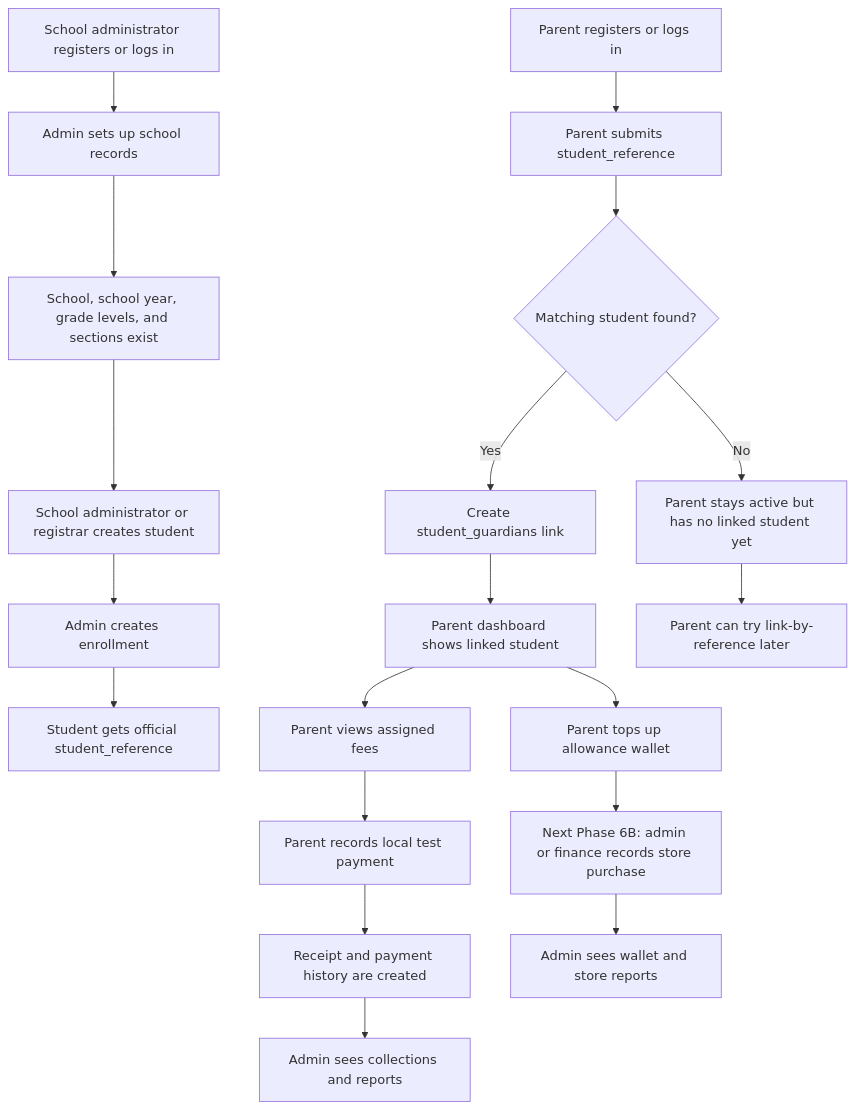
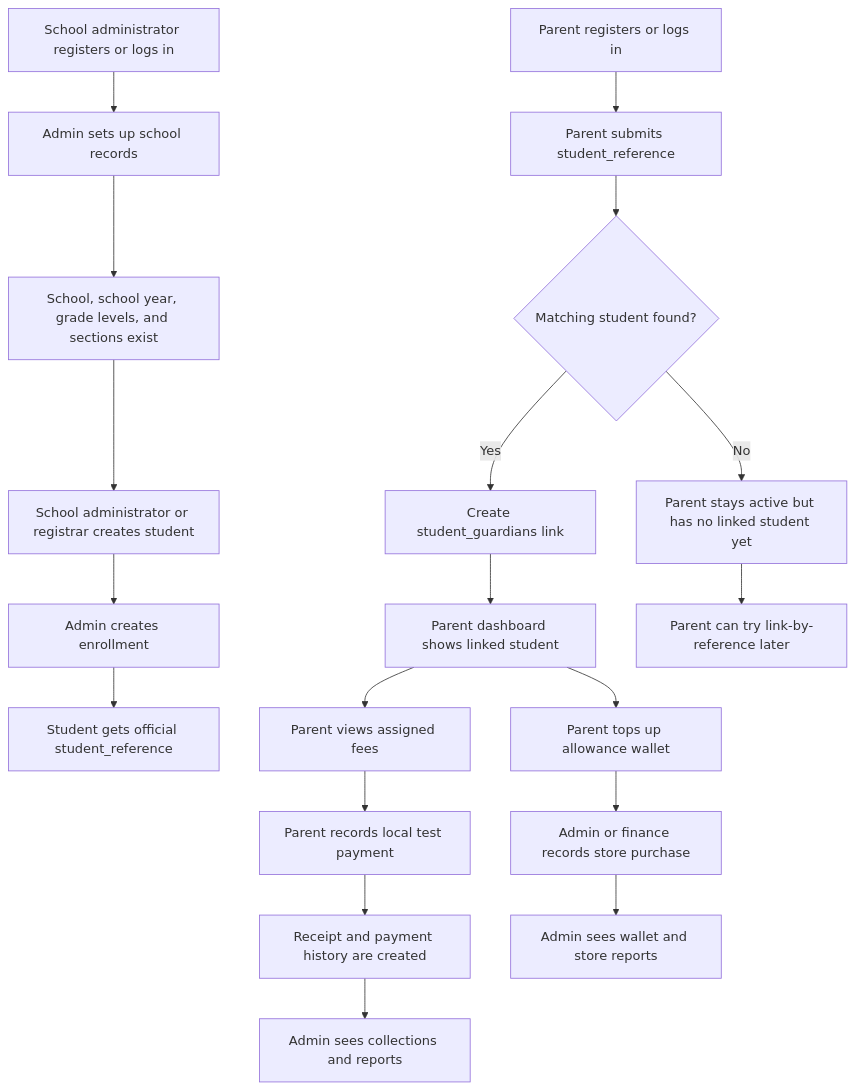
The first of 14 diagrams in docs/PROJECT_FLOWCHARTS.md (Xeyn19/xmetapay), drawn with Mermaid before and after one commit. The commit also changed other lines of this file and 14 other files, not shown here.

````diff
--- a/docs/PROJECT_FLOWCHARTS.md
+++ b/docs/PROJECT_FLOWCHARTS.md
@@ -62,24 +62,24 @@
 ```mermaid
 flowchart TD
   A["School administrator registers or logs in"] --> B["Admin sets up school records"]
   B --> C["School, school year, grade levels, and sections exist"]
   C --> D["School administrator or registrar creates student"]
   D --> E["Admin creates enrollment"]
   E --> F["Student gets official student_reference"]
 
   G["Parent registers or logs in"] --> H["Parent submits student_reference"]
   H --> I{"Matching student found?"}
   I -->|Yes| J["Create student_guardians link"]
   I -->|No| K["Parent stays active but has no linked student yet"]
   J --> L["Parent dashboard shows linked student"]
   K --> M["Parent can try link-by-reference later"]
 
   L --> N["Parent views assigned fees"]
   N --> O["Parent records local test payment"]
   O --> P["Receipt and payment history are created"]
   L --> Q["Parent tops up allowance wallet"]
-  Q --> R["Next Phase 6B: admin or finance records store purchase"]
+  Q --> R["Admin or finance records store purchase"]
 
   P --> S["Admin sees collections and reports"]
   R --> T["Admin sees wallet and store reports"]
 ```
````
